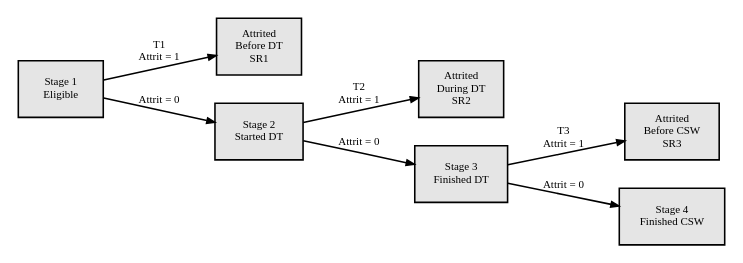
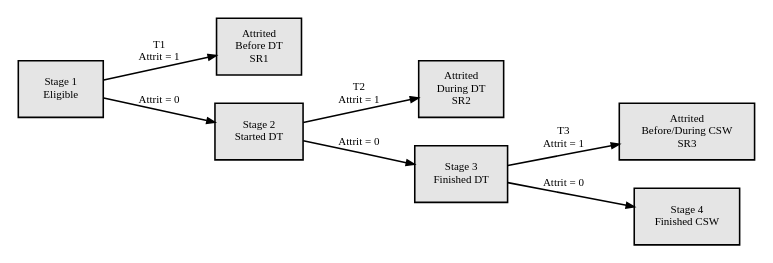
One commit to sjpierce/SANETPA changed the diagram in scripts/Descriptive_Analyses.qmd. Above: the diagram before and after it, drawn with Graphviz. The commit also changed 2 other files, not shown here.

Commit message:
Fixed stage diagram

````diff
--- a/scripts/Descriptive_Analyses.qmd
+++ b/scripts/Descriptive_Analyses.qmd
@@ -962,34 +962,34 @@
 ```{dot}
 //| label: fig-Stages
 //| fig-cap: Stages, Thresholds (T1-T3), and Stopping Ratios (SR1-SR3) in the 
 //|          SANE Training Program. CSW, clinical skills workshop; DT, didactic 
 //|          training.
 //| fig-width: 5
 //| fig-height: 2.5
 
 digraph StagesModeled {
 
 graph [rankdir="LR"];
 
 node [shape = "box", style= "filled", fillcolor = "Gray90", fontsize = "7"];
 A1 [label = "Attrited\nBefore DT\nSR1"]
 A2 [label = "Attrited\nDuring DT\nSR2"]
-A3 [label = "Attrited\nBefore CSW\nSR3"]
+A3 [label = "Attrited\nBefore/During CSW\nSR3"]
 
 S1 [label = "Stage 1\nEligible"]
 S2 [label = "Stage 2\nStarted DT"]
 S3 [label = "Stage 3\nFinished DT"]
 S4 [label = "Stage 4\nFinished CSW"]
 
 edge [fontsize = "7", arrowsize = 0.5];
 
 S1 -> A1 [label = "T1\nAttrit = 1"]
 S2 -> A2 [label = "T2\nAttrit = 1"]
 S3 -> A3 [label = "T3\nAttrit = 1"]
 
 S1 -> S2 [label = "Attrit = 0"]
 S2 -> S3 [label = "Attrit = 0"]
 S3 -> S4 [label = "Attrit = 0"]
 
 }
 ```
````
